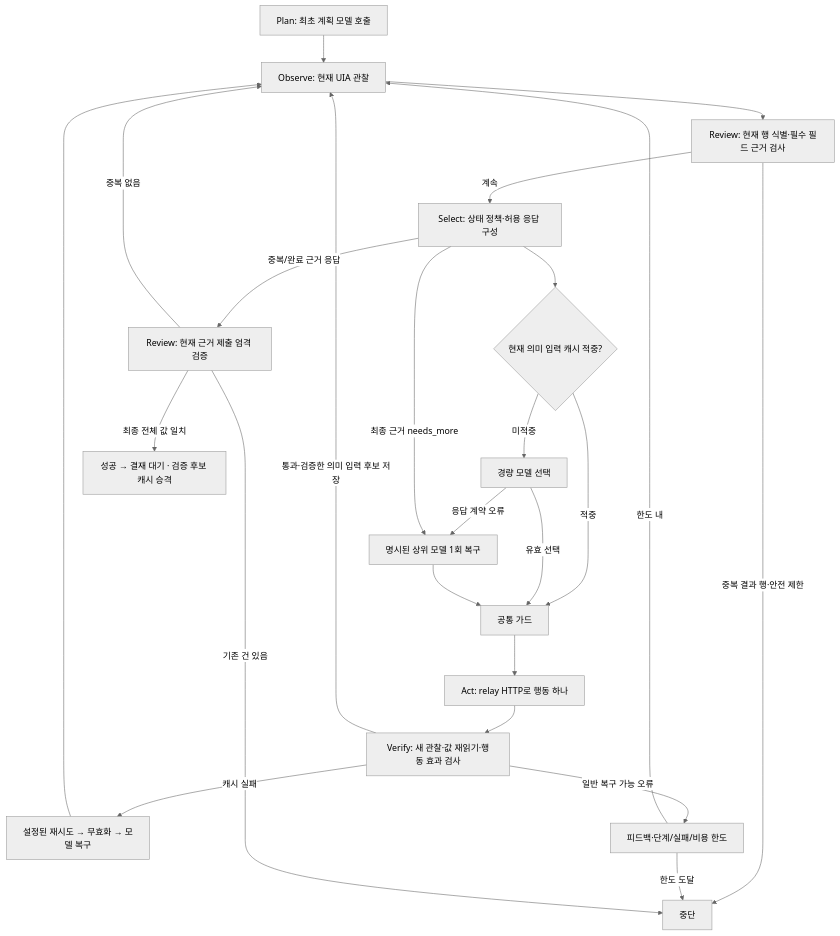
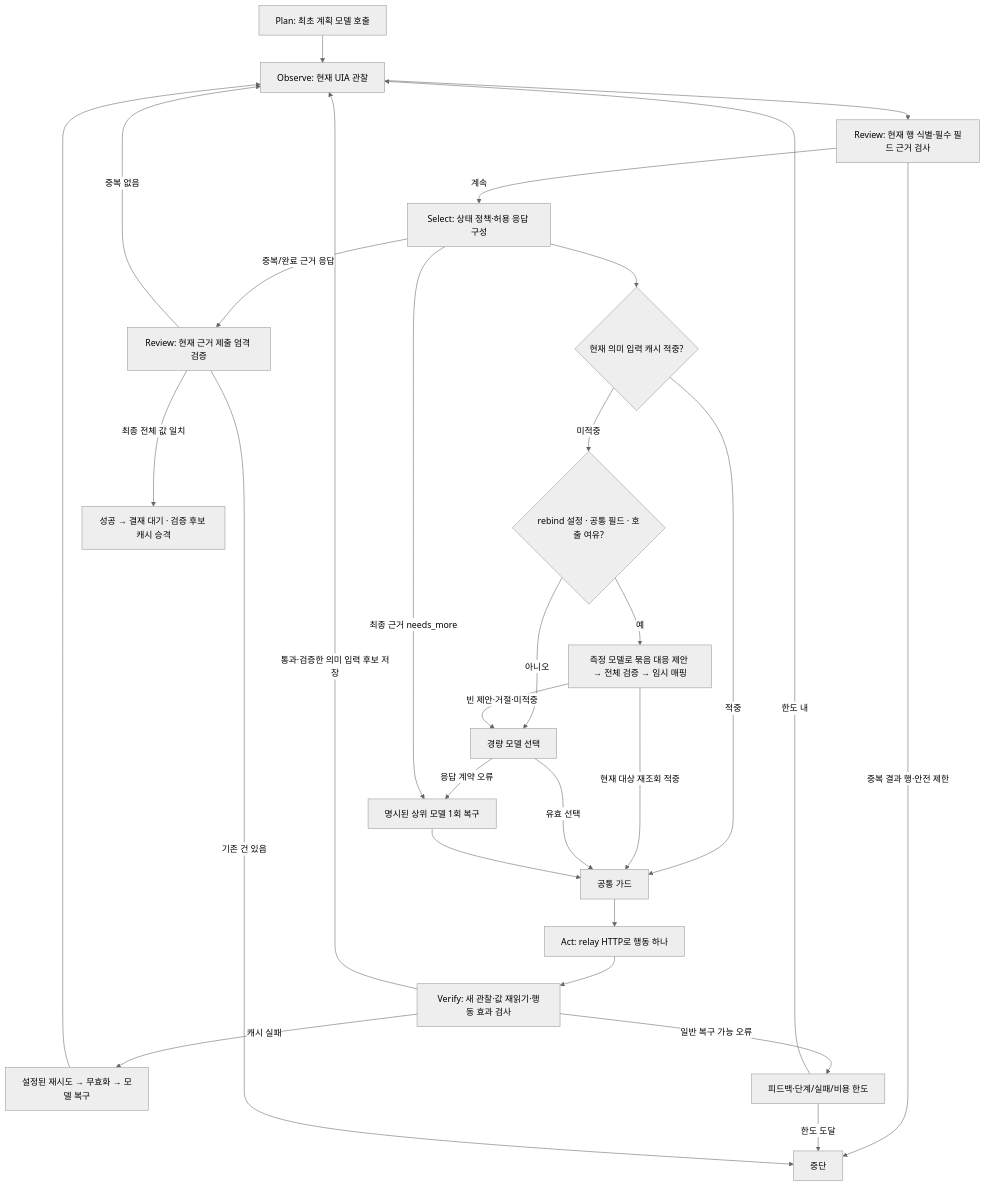
One commit to Dreamtreeme/agent-sawon changed the second of 2 diagrams in docs/code-flow.md. Above: the diagram before and after it, drawn with Mermaid (neutral theme). The commit also changed other lines of this file and 3 other files, not shown here.

````diff
--- a/docs/code-flow.md
+++ b/docs/code-flow.md
@@ -26,26 +26,30 @@
 ```mermaid
 flowchart TD
     PLAN["Plan: 최초 계획 모델 호출"] --> O["Observe: 현재 UIA 관찰"]
     O --> R["Review: 현재 행 식별·필수 필드 근거 검사"]
     R -->|중복 결과 행·안전 제한| STOP["중단"]
     R -->|계속| POLICY["Select: 상태 정책·허용 응답 구성"]
     POLICY --> CACHE{"현재 의미 입력 캐시 적중?"}
     CACHE -->|적중| G["공통 가드"]
-    CACHE -->|미적중| MODEL["경량 모델 선택"]
+    CACHE -->|미적중| RB{"rebind 설정 · 공통 필드 · 호출 여유?"}
+    RB -->|아니오| MODEL["경량 모델 선택"]
+    RB -->|예| MAP["측정 모델로 묶음 대응 제안 → 전체 검증 → 임시 매핑"]
+    MAP -->|현재 대상 재조회 적중| G
+    MAP -->|빈 제안·거절·미적중| MODEL
     MODEL -->|유효 선택| G
     MODEL -->|응답 계약 오류| HIGH["명시된 상위 모델 1회 복구"]
     POLICY -->|최종 근거 needs_more| HIGH
     HIGH --> G
     G --> ACT["Act: relay HTTP로 행동 하나"]
     ACT --> VERIFY["Verify: 새 관찰·값 재읽기·행동 효과 검사"]
     VERIFY -->|통과·검증한 의미 입력 후보 저장| O
     VERIFY -->|캐시 실패| RETRY["설정된 재시도 → 무효화 → 모델 복구"]
     RETRY --> O
     VERIFY -->|일반 복구 가능 오류| BOUND["피드백·단계/실패/비용 한도"]
     BOUND -->|한도 내| O
     BOUND -->|한도 도달| STOP
     POLICY -->|중복/완료 근거 응답| PROOF["Review: 현재 근거 제출 엄격 검증"]
     PROOF -->|중복 없음| O
     PROOF -->|기존 건 있음| STOP
     PROOF -->|최종 전체 값 일치| DONE["성공 → 결재 대기 · 검증 후보 캐시 승격"]
 ```
````
